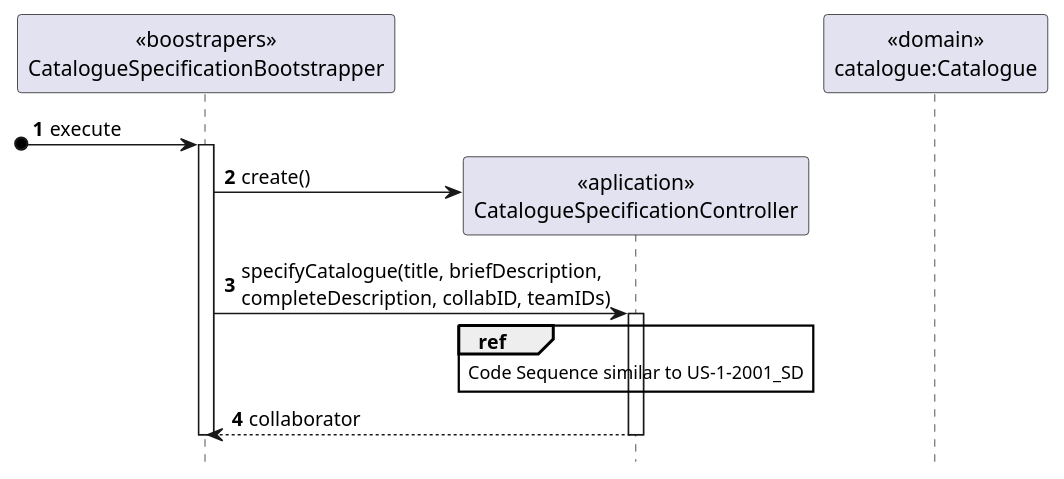
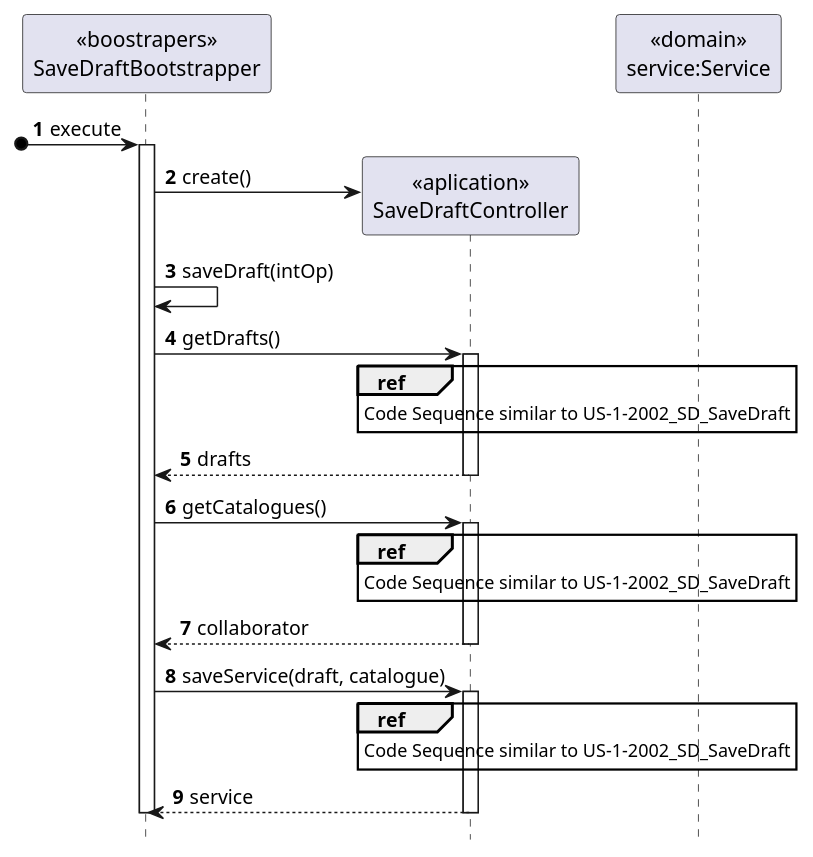
One commit to tiagoavcosta25/LAPR4 changed the diagram in doc/engenharia/SprintB/1190967/US-1-2101/US-1-2101_SD_SaveDraft.puml. Above: the diagram before and after it, drawn with PlantUML. The commit also changed 2 other files, not shown here.

```diff
--- a/doc/engenharia/SprintB/1190967/US-1-2101/US-1-2101_SD_SaveDraft.puml
+++ b/doc/engenharia/SprintB/1190967/US-1-2101/US-1-2101_SD_SaveDraft.puml
@@ -1,23 +1,41 @@
 @startuml
 autonumber
 hide footbox
 
-participant "<<boostrapers>>\nCatalogueSpecificationBootstrapper" as BOOT
-participant "<<aplication>>\nCatalogueSpecificationController" as CTRL
-participant "<<domain>>\ncatalogue:Catalogue" as CATAL
+participant "<<boostrapers>>\nSaveDraftBootstrapper" as BOOT
+participant "<<aplication>>\nSaveDraftController" as CTRL
+participant "<<domain>>\nservice:Service" as SER
 
 [o-> BOOT : execute
 
 activate BOOT
 BOOT -> CTRL** : create()
 
-BOOT -> CTRL : specifyCatalogue(title, briefDescription,\ncompleteDescription, collabID, teamIDs)
+BOOT -> BOOT : saveDraft(intOp)
+
+BOOT -> CTRL : getDrafts()
 activate CTRL
 ref over CTRL
-Code Sequence similar to US-1-2001_SD
+Code Sequence similar to US-1-2002_SD_SaveDraft
+end ref
+CTRL --> BOOT : drafts
+deactivate CTRL
+
+BOOT -> CTRL : getCatalogues()
+activate CTRL
+ref over CTRL
+Code Sequence similar to US-1-2002_SD_SaveDraft
 end ref
 CTRL --> BOOT : collaborator
+deactivate CTRL
+
+BOOT -> CTRL : saveService(draft, catalogue)
+activate CTRL
+ref over CTRL
+Code Sequence similar to US-1-2002_SD_SaveDraft
+end ref
+CTRL --> BOOT : service
 deactivate CTRL
 deactivate BOOT
 
 @enduml
```
